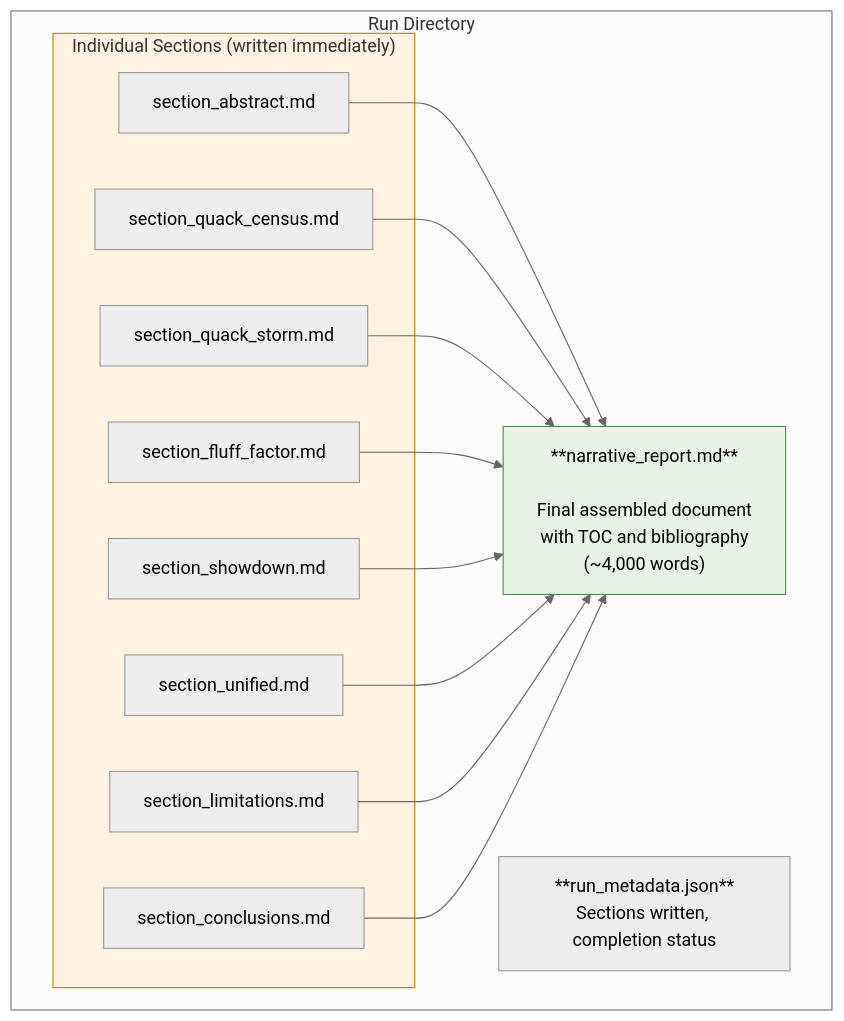
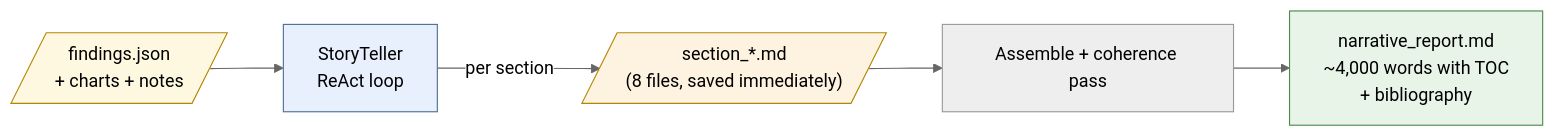
The fifth of 9 diagrams in docs/run-management.md (jweinberg-a2a/versifai-data-agents), drawn with Mermaid (neutral theme) before and after one commit. The commit also changed other lines of this file and 4 other files, not shown here.

Commit message:
diagrams fixed

````diff
--- a/docs/run-management.md
+++ b/docs/run-management.md
@@ -319,31 +287,12 @@
 ```mermaid
-flowchart TD
-    subgraph run["Run Directory"]
-        META2["**run_metadata.json**<br>Sections written, completion status"]
+flowchart LR
+    IN[/"findings.json<br>+ charts + notes"/] --> ST["StoryTeller<br>ReAct loop"]
+    ST -->|"per section"| SEC[/"section_*.md<br>(8 files, saved immediately)"/]
+    SEC --> ASM["Assemble + coherence pass"]
+    ASM --> RPT["narrative_report.md<br>~4,000 words with TOC<br>+ bibliography"]
 
-        subgraph sections["Individual Sections (written immediately)"]
-            S1["section_abstract.md"]
-            S2["section_quack_census.md"]
-            S3["section_quack_storm.md"]
-            S4["section_fluff_factor.md"]
-            S5["section_showdown.md"]
-            S6["section_unified.md"]
-            S7["section_limitations.md"]
-            S8["section_conclusions.md"]
-        end
-
-        REPORT["**narrative_report.md**<br><br>Final assembled document<br>with TOC and bibliography<br>(~4,000 words)"]
-    end
-
-    S1 --> REPORT
-    S2 --> REPORT
-    S3 --> REPORT
-    S4 --> REPORT
-    S5 --> REPORT
-    S6 --> REPORT
-    S7 --> REPORT
-    S8 --> REPORT
-
-    style sections fill:#fef3e0,stroke:#b38600
-    style REPORT fill:#e8f4e8,stroke:#4a8a4a
+    style IN fill:#fff8e1,stroke:#b38600
+    style ST fill:#e8f0fe,stroke:#4a6f93
+    style SEC fill:#fef3e0,stroke:#b38600
+    style RPT fill:#e8f4e8,stroke:#4a8a4a
 ```
````
